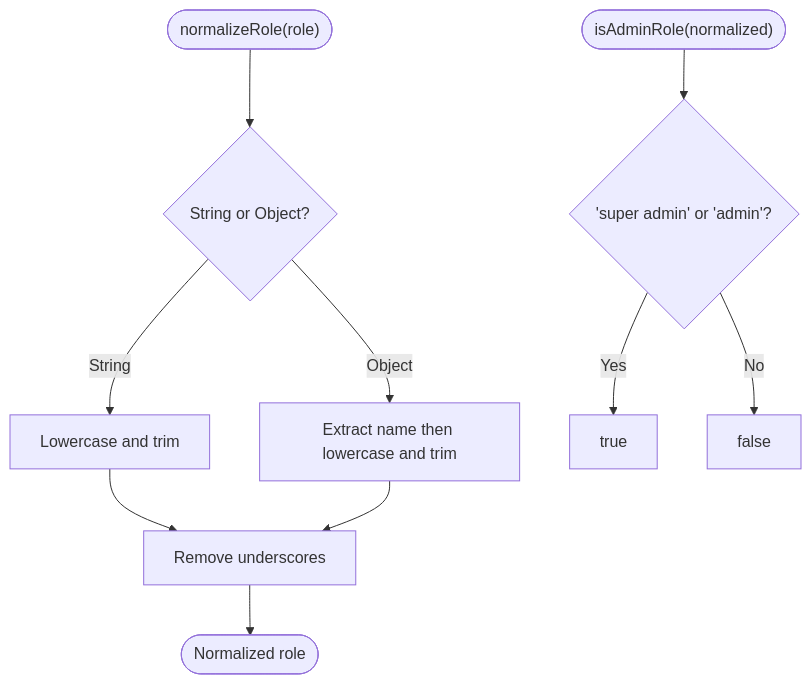
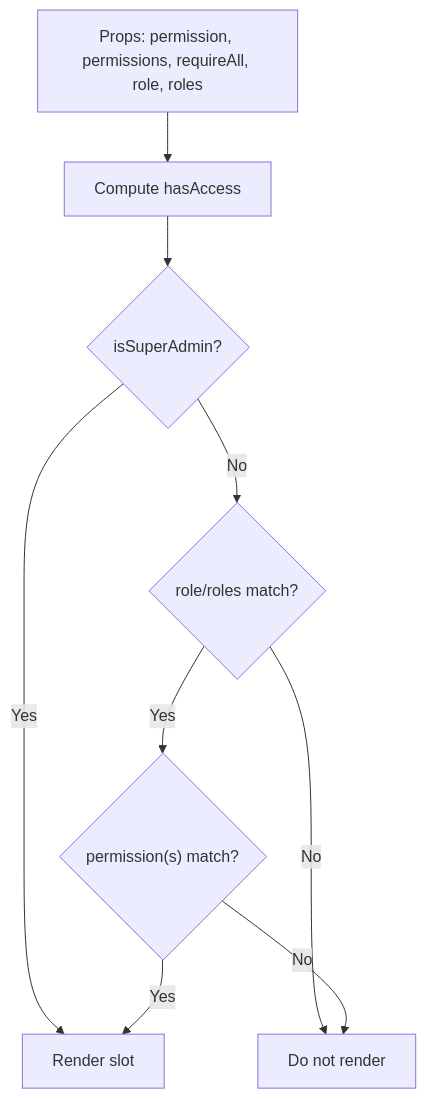
Before and after one commit to Lazynerd-Studios/lacarte-atlas-console: the seventh of 12 diagrams in .qoder/repowiki/en/content/Authentication & Authorization/Authentication & Authorization.md, drawn with Mermaid. The commit also changed other lines of this file and 139 other files, not shown here.

````diff
--- a/.qoder/repowiki/en/content/Authentication & Authorization/Authentication & Authorization.md
+++ b/.qoder/repowiki/en/content/Authentication & Authorization/Authentication & Authorization.md
@@ -327,12 +310,11 @@
 ```mermaid
 flowchart TD
-Input(["normalizeRole(role)"]) --> Type{"String or Object?"}
-Type --> |String| Lower["Lowercase and trim"]
-Type --> |Object| GetName["Extract name then lowercase and trim"]
-Lower --> Clean["Remove underscores"]
-GetName --> Clean
-Clean --> Output(["Normalized role"])
-AdminCheck(["isAdminRole(normalized)"]) --> Compare{"'super admin' or 'admin'?"}
-Compare --> |Yes| True["true"]
-Compare --> |No| False["false"]
+Props["Props: permission, permissions, requireAll, role, roles"] --> Compute["Compute hasAccess"]
+Compute --> SuperAdmin{"isSuperAdmin?"}
+SuperAdmin --> |Yes| Render["Render slot"]
+SuperAdmin --> |No| RoleCheck{"role/roles match?"}
+RoleCheck --> |No| Hide["Do not render"]
+RoleCheck --> |Yes| PermCheck{"permission(s) match?"}
+PermCheck --> |No| Hide
+PermCheck --> |Yes| Render
 ```
````
